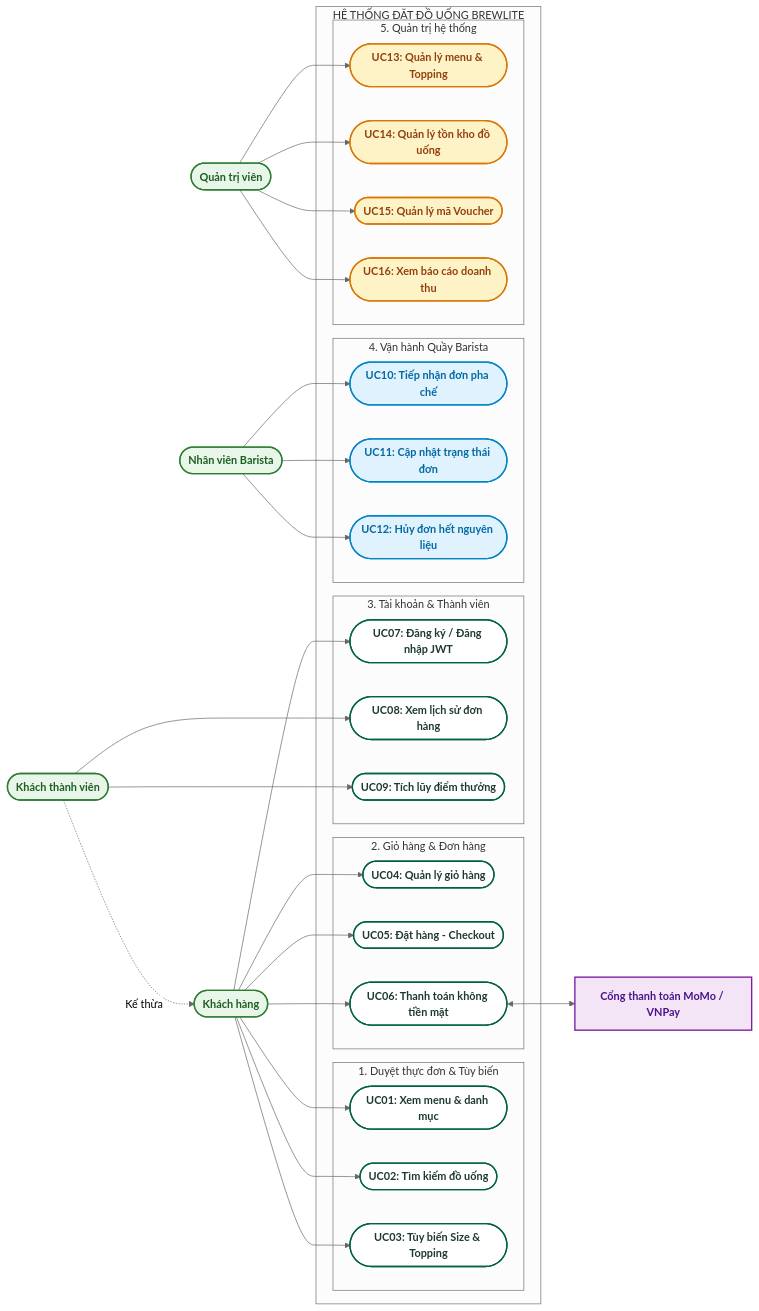
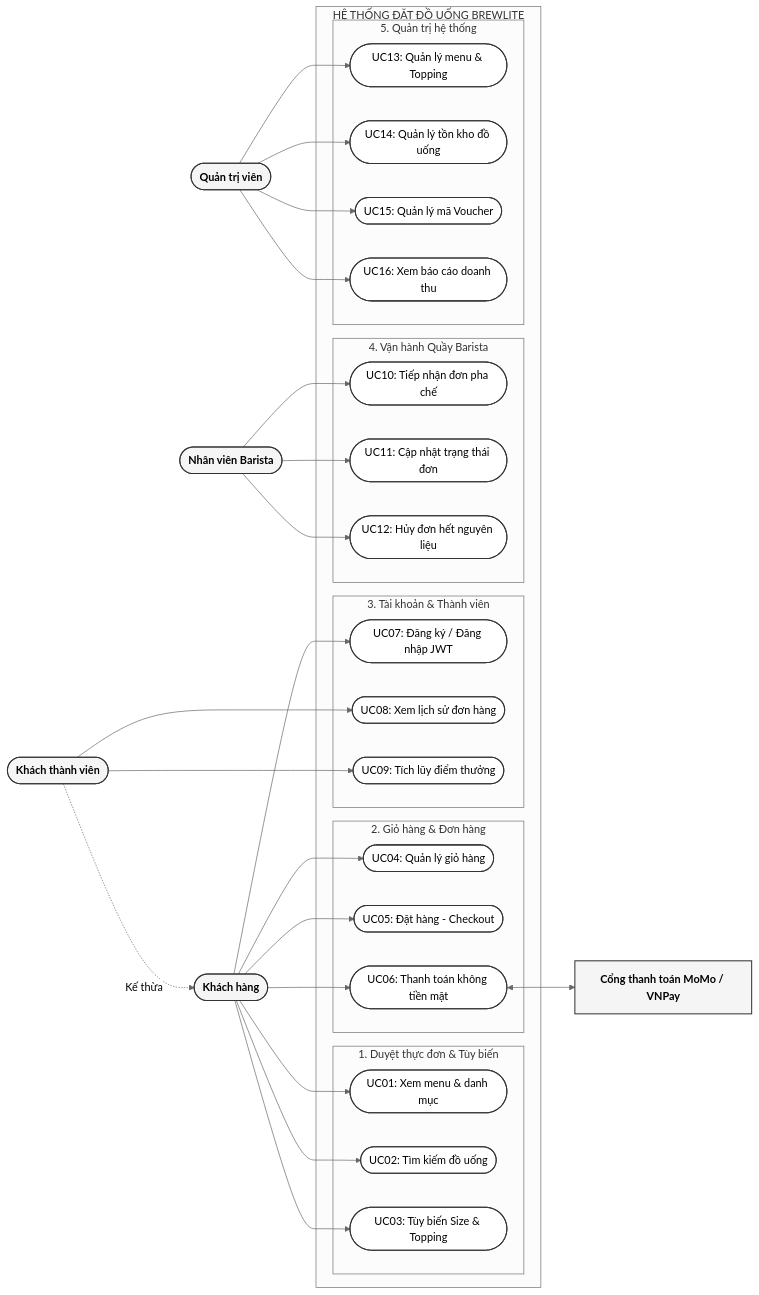
One commit to nphat-code/swe-project changed the first of 2 diagrams in docs/requirements/system-requirements-matrix.md. Above: the diagram before and after it, drawn with Mermaid (neutral theme). The commit also changed 1 other file, not shown here.

Commit message:
docs(diagrams): convert use case diagrams to clean monochrome academic styling

````diff
--- a/docs/requirements/system-requirements-matrix.md
+++ b/docs/requirements/system-requirements-matrix.md
@@ -20,71 +20,71 @@
 ```mermaid
 flowchart LR
     Customer([Khách hàng]):::actorStyle
     Member([Khách thành viên]):::actorStyle
     Barista([Nhân viên Barista]):::actorStyle
     Admin([Quản trị viên]):::actorStyle
     PaymentGW[Cổng thanh toán MoMo / VNPay]:::systemActorStyle
 
     Member -.->|Kế thừa| Customer
 
     subgraph SystemBoundary [HỆ THỐNG ĐẶT ĐỒ UỐNG BREWLITE]
         subgraph SubMenu [1. Duyệt thực đơn & Tùy biến]
             UC01([UC01: Xem menu & danh mục]):::ucStyle
             UC02([UC02: Tìm kiếm đồ uống]):::ucStyle
             UC03([UC03: Tùy biến Size & Topping]):::ucStyle
         end
 
         subgraph SubOrder [2. Giỏ hàng & Đơn hàng]
             UC04([UC04: Quản lý giỏ hàng]):::ucStyle
             UC05([UC05: Đặt hàng - Checkout]):::ucStyle
             UC06([UC06: Thanh toán không tiền mặt]):::ucStyle
         end
 
         subgraph SubAuth [3. Tài khoản & Thành viên]
             UC07([UC07: Đăng ký / Đăng nhập JWT]):::ucStyle
             UC08([UC08: Xem lịch sử đơn hàng]):::ucStyle
             UC09([UC09: Tích lũy điểm thưởng]):::ucStyle
         end
 
         subgraph SubBarista [4. Vận hành Quầy Barista]
             UC10([UC10: Tiếp nhận đơn pha chế]):::staffUcStyle
             UC11([UC11: Cập nhật trạng thái đơn]):::staffUcStyle
             UC12([UC12: Hủy đơn hết nguyên liệu]):::staffUcStyle
         end
 
         subgraph SubAdmin [5. Quản trị hệ thống]
             UC13([UC13: Quản lý menu & Topping]):::adminUcStyle
             UC14([UC14: Quản lý tồn kho đồ uống]):::adminUcStyle
             UC15([UC15: Quản lý mã Voucher]):::adminUcStyle
             UC16([UC16: Xem báo cáo doanh thu]):::adminUcStyle
         end
     end
 
     Customer --> UC01
     Customer --> UC02
     Customer --> UC03
     Customer --> UC04
     Customer --> UC05
     Customer --> UC06
     Customer --> UC07
 
     Member --> UC08
     Member --> UC09
 
     UC06 <--> PaymentGW
 
     Barista --> UC10
     Barista --> UC11
     Barista --> UC12
 
     Admin --> UC13
     Admin --> UC14
     Admin --> UC15
     Admin --> UC16
 
-    classDef actorStyle fill:#e8f5e9,stroke:#2e7d32,stroke-width:2px,color:#1b5e20,font-weight:bold
-    classDef systemActorStyle fill:#f3e5f5,stroke:#7b1fa2,stroke-width:2px,color:#4a148c,font-weight:bold
-    classDef ucStyle fill:#ffffff,stroke:#006241,stroke-width:2px,color:#1e3932,font-weight:bold
-    classDef staffUcStyle fill:#e0f2fe,stroke:#0284c7,stroke-width:2px,color:#0369a1,font-weight:bold
-    classDef adminUcStyle fill:#fef3c7,stroke:#d97706,stroke-width:2px,color:#92400e,font-weight:bold
+    classDef actorStyle fill:#f5f5f5,stroke:#333333,stroke-width:1.5px,color:#000000,font-weight:bold
+    classDef systemActorStyle fill:#f5f5f5,stroke:#333333,stroke-width:1.5px,color:#000000,font-weight:bold
+    classDef ucStyle fill:#ffffff,stroke:#333333,stroke-width:1.5px,color:#000000
+    classDef staffUcStyle fill:#ffffff,stroke:#333333,stroke-width:1.5px,color:#000000
+    classDef adminUcStyle fill:#ffffff,stroke:#333333,stroke-width:1.5px,color:#000000
 ```
````
